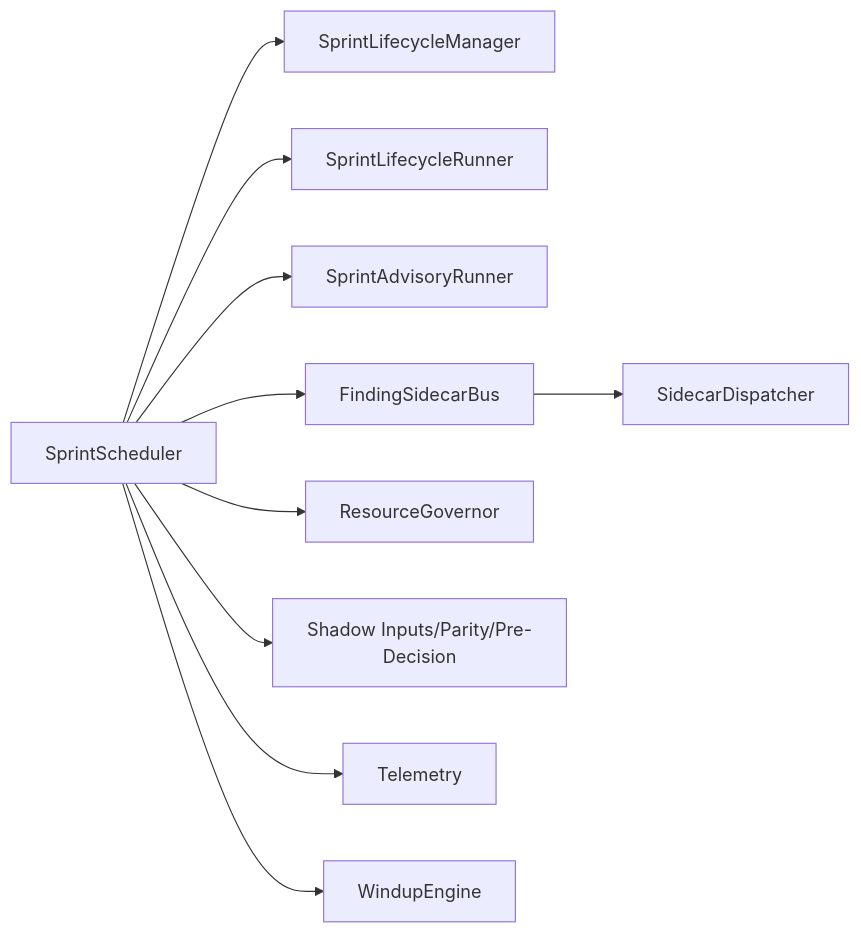
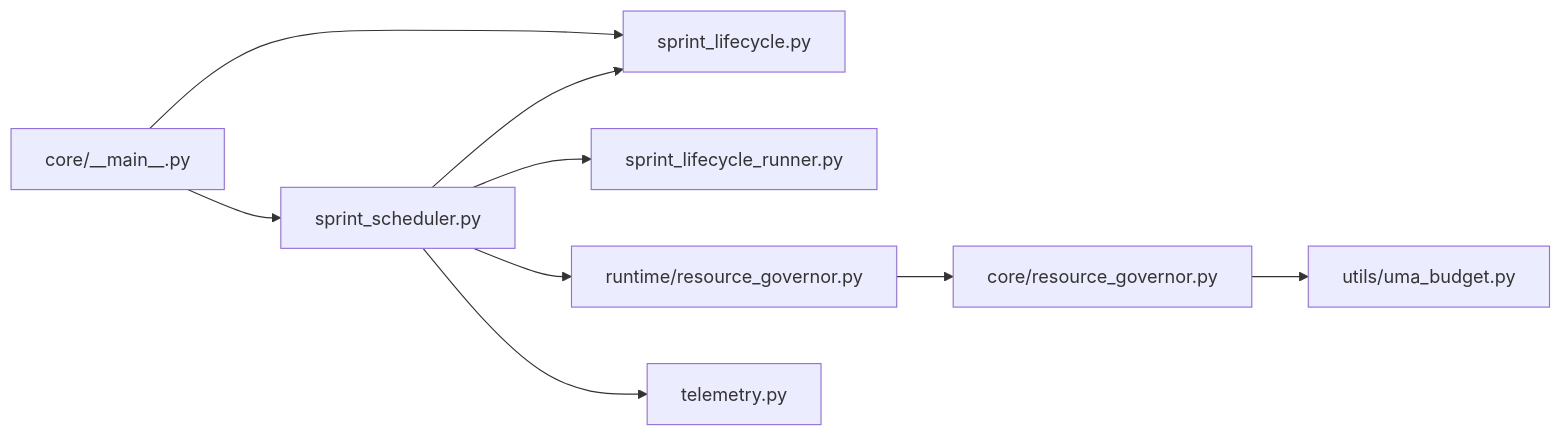
One commit to Hamulda/hledac-universal changed the seventh of 7 diagrams in .qoder/repowiki/en/content/Runtime Management/Runtime Management.md. Above: the diagram before and after it, drawn with Mermaid. The commit also changed other lines of this file and 236 other files, not shown here.

Commit message:
feat: F234 prelive gate, acquisition strategy and sprint scheduler improvements

````diff
--- a/.qoder/repowiki/en/content/Runtime Management/Runtime Management.md
+++ b/.qoder/repowiki/en/content/Runtime Management/Runtime Management.md
@@ -327,12 +276,11 @@
 ```mermaid
 graph LR
-SCHED["SprintScheduler"] --> LIFE["SprintLifecycleManager"]
-SCHED --> RUNNER["SprintLifecycleRunner"]
-SCHED --> ADVISOR["SprintAdvisoryRunner"]
-SCHED --> BUS["FindingSidecarBus"]
-BUS --> DISPATCH["SidecarDispatcher"]
-SCHED --> GOVERN["ResourceGovernor"]
-SCHED --> SHADOW["Shadow Inputs/Parity/Pre-Decision"]
-SCHED --> TELE["Telemetry"]
-SCHED --> WIND["WindupEngine"]
+SCHED["sprint_scheduler.py"] --> SL["sprint_lifecycle.py"]
+SCHED --> SLCR["sprint_lifecycle_runner.py"]
+SCHED --> GOV["runtime/resource_governor.py"]
+GOV --> CRG["core/resource_governor.py"]
+CRG --> UMA["utils/uma_budget.py"]
+SCHED --> TEL["telemetry.py"]
+MAIN["core/__main__.py"] --> SL
+MAIN --> SCHED
 ```
````
